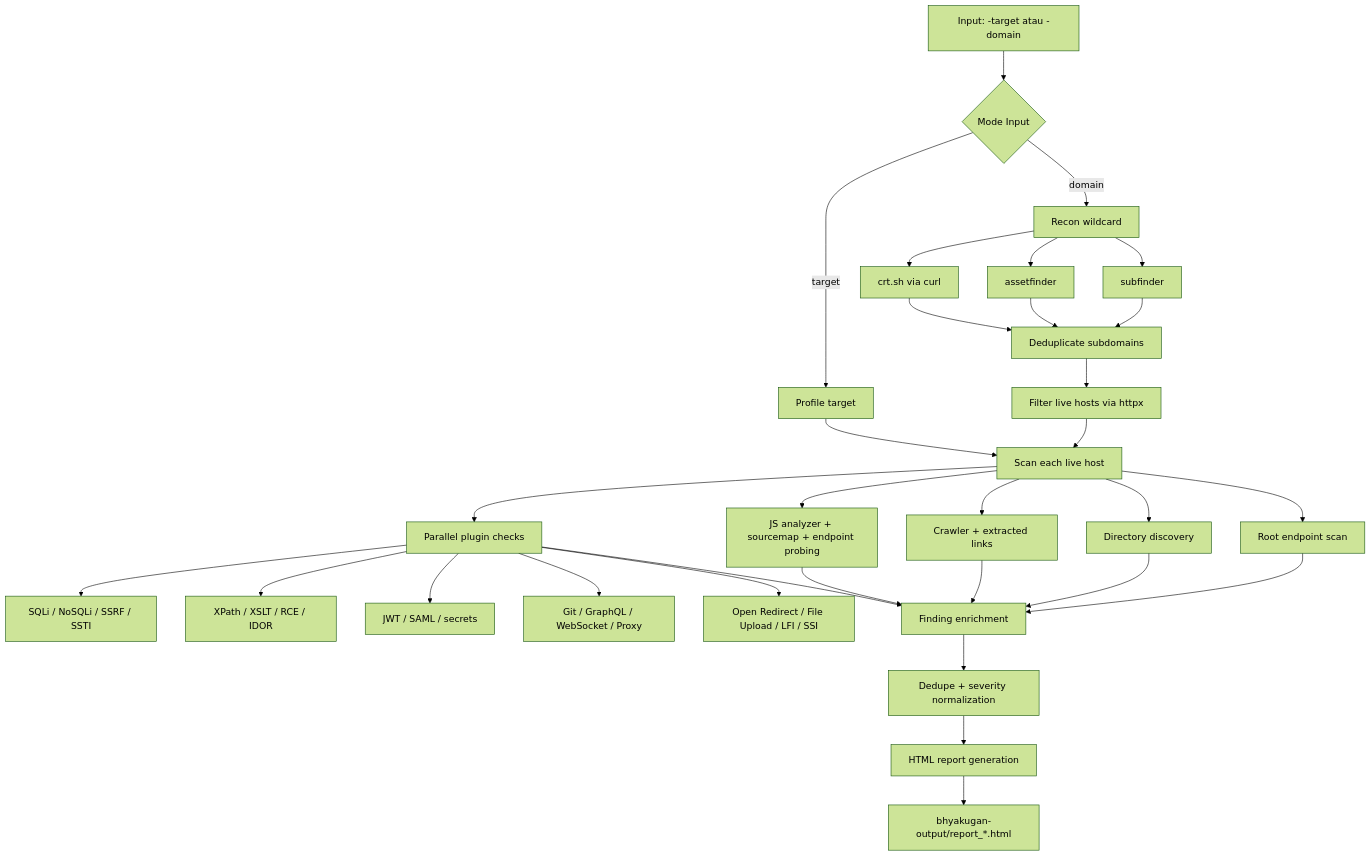
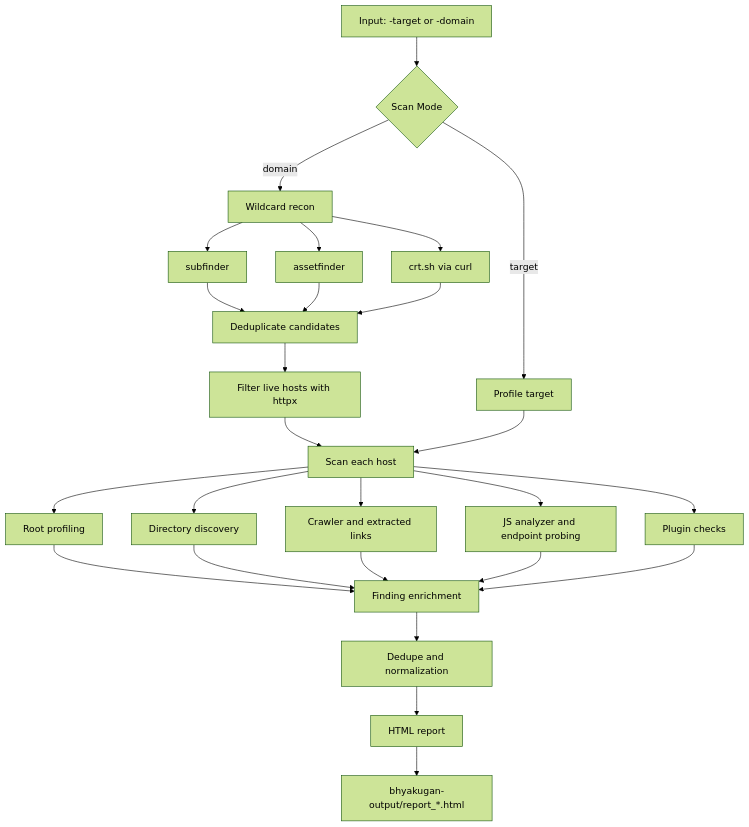
One commit to areksaxyz/bhyakugan changed the diagram in README.md. Above: the diagram before and after it, drawn with Mermaid (forest theme). The commit also changed other lines of this file, not shown here.

````diff
--- a/README.md
+++ b/README.md
@@ -114,37 +305,28 @@
 ```mermaid
 flowchart TD
-    A[Input: -target atau -domain] --> B{Mode Input}
+    A[Input: -target or -domain] --> B{Scan Mode}
     B -->|target| C[Profile target]
-    B -->|domain| D[Recon wildcard]
+    B -->|domain| D[Wildcard recon]
     D --> D1[subfinder]
     D --> D2[assetfinder]
     D --> D3[crt.sh via curl]
-    D1 --> E[Deduplicate subdomains]
+    D1 --> E[Deduplicate candidates]
     D2 --> E
     D3 --> E
-    E --> F[Filter live hosts via httpx]
-    F --> G[Scan each live host]
+    E --> F[Filter live hosts with httpx]
+    F --> G[Scan each host]
     C --> G
-
-    G --> H[Root endpoint scan]
+    G --> H[Root profiling]
     G --> I[Directory discovery]
-    G --> J[Crawler + extracted links]
-    G --> K[JS analyzer + sourcemap + endpoint probing]
-    G --> L[Parallel plugin checks]
-
-    L --> L1[SQLi / NoSQLi / SSRF / SSTI]
-    L --> L2[XPath / XSLT / RCE / IDOR]
-    L --> L3[JWT / SAML / secrets]
-    L --> L4[Git / GraphQL / WebSocket / Proxy]
-    L --> L5[Open Redirect / File Upload / LFI / SSI]
-
+    G --> J[Crawler and extracted links]
+    G --> K[JS analyzer and endpoint probing]
+    G --> L[Plugin checks]
     H --> M[Finding enrichment]
     I --> M
     J --> M
     K --> M
     L --> M
-
-    M --> N[Dedupe + severity normalization]
-    N --> O[HTML report generation]
+    M --> N[Dedupe and normalization]
+    N --> O[HTML report]
     O --> P[bhyakugan-output/report_*.html]
 ```
````
